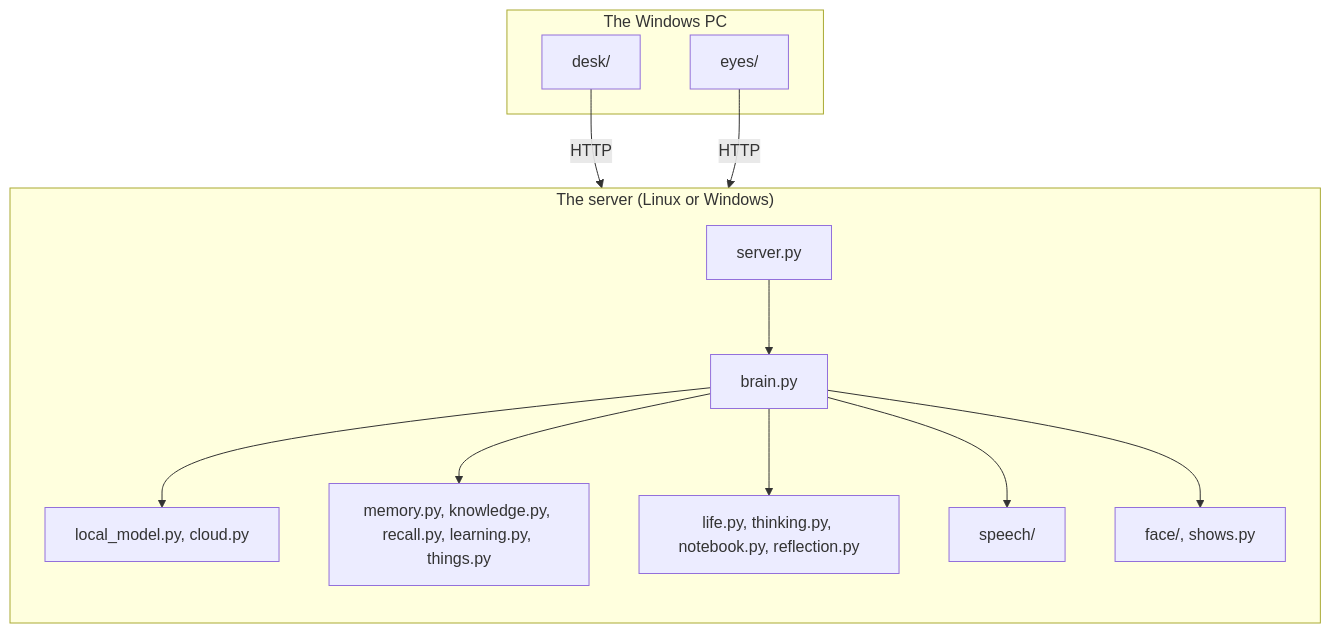
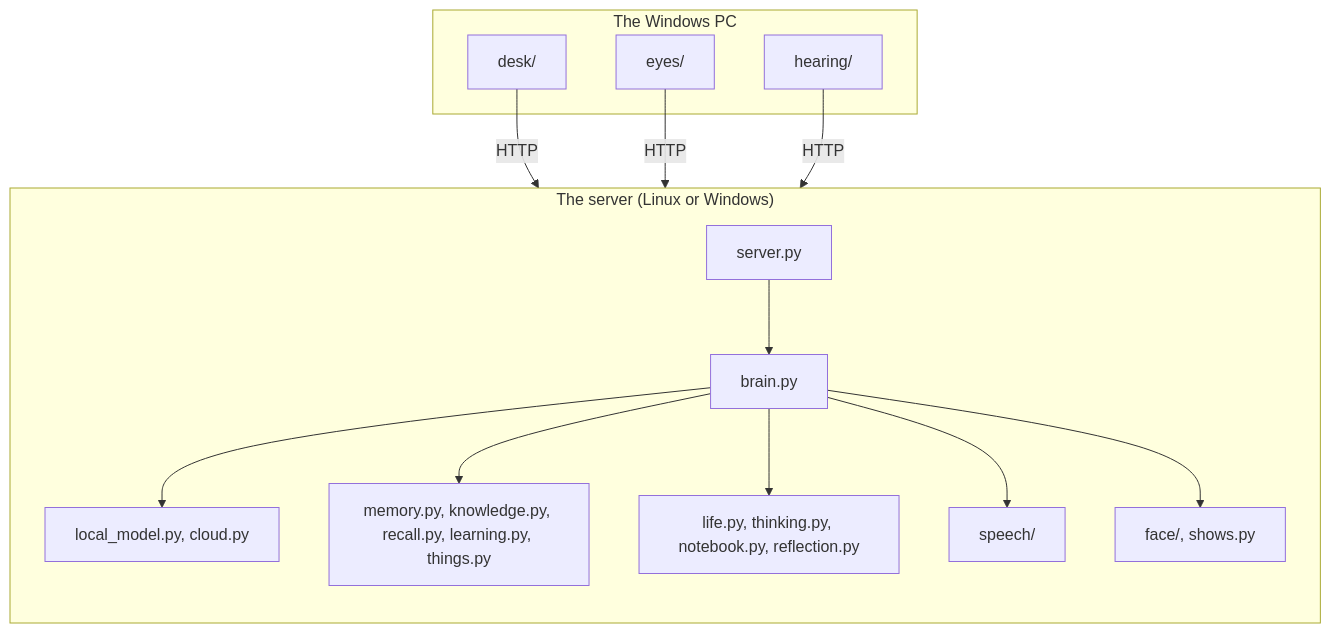
One commit to Senitage/Kit changed the diagram in docs/5 Reference/Code Map.md. Above: the diagram before and after it, drawn with Mermaid. The commit also changed other lines of this file and 41 other files, not shown here.

````diff
--- a/docs/5 Reference/Code Map.md
+++ b/docs/5 Reference/Code Map.md
@@ -16,18 +16,20 @@
 ```mermaid
 flowchart TB
     subgraph Server["The server (Linux or Windows)"]
         direction TB
         Srv["server.py"] --> Brn["brain.py"]
         Brn --> Mods["local_model.py, cloud.py"]
         Brn --> Mem["memory.py, knowledge.py, recall.py, learning.py, things.py"]
         Brn --> Lf["life.py, thinking.py, notebook.py, reflection.py"]
         Brn --> Sp["speech/"]
         Brn --> Fc["face/, shows.py"]
     end
     subgraph PC["The Windows PC"]
         Dsk["desk/"]
         Eye["eyes/"]
+        Ear["hearing/"]
     end
     Dsk -- "HTTP" --> Srv
     Eye -- "HTTP" --> Srv
+    Ear -- "HTTP" --> Srv
 ```
````
